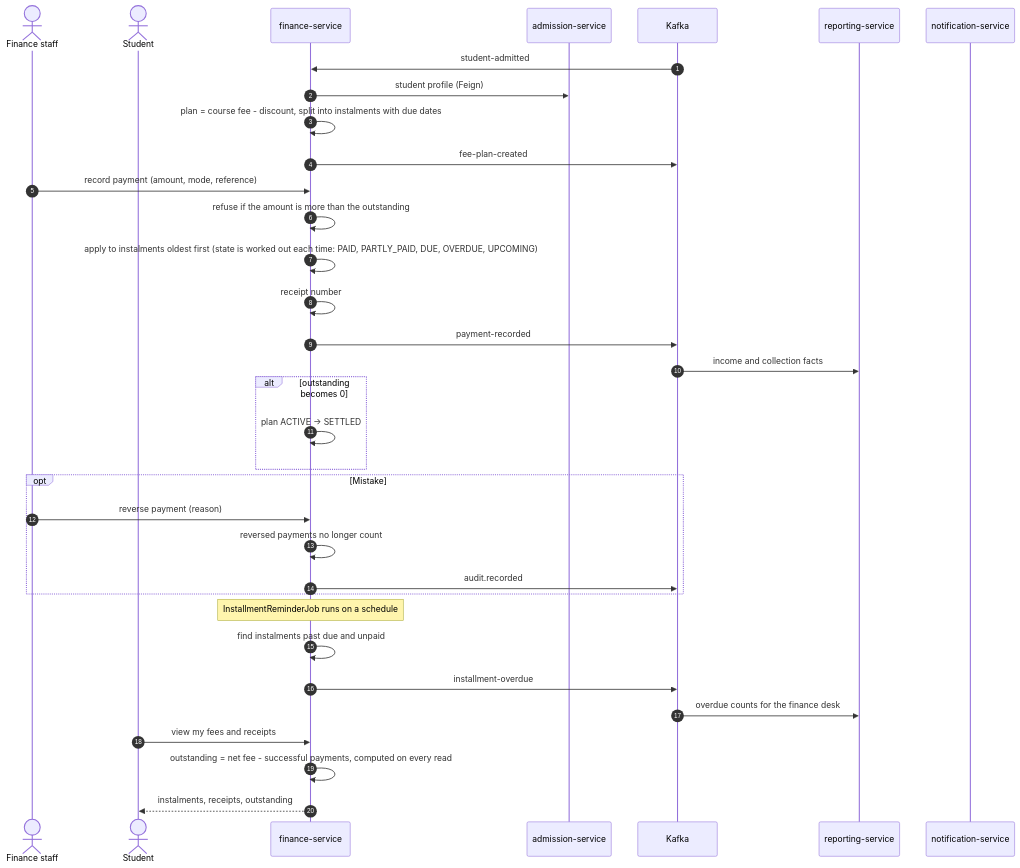
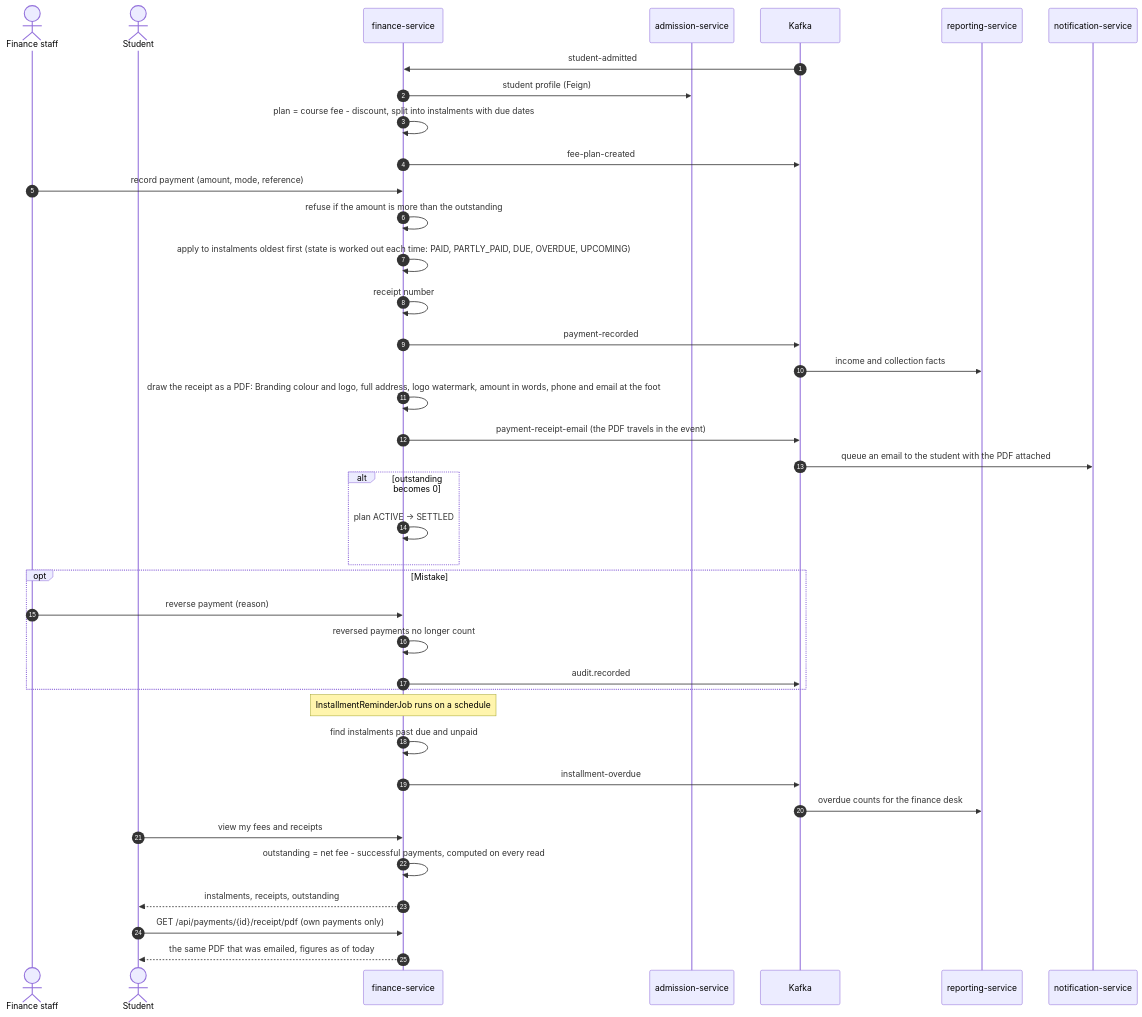
Before and after one commit to rohanrk2810/ITLMS: the diagram in docs/diagrams/flows/29-fee-payment.mmd, drawn with Mermaid. The commit also changed 35 other files, not shown here.

Commit message:
Fees: the receipt is a PDF with the institute logo watermark, full address and contact, emailed to the student after every payment and downloadable from the portal

```diff
--- a/docs/diagrams/flows/29-fee-payment.mmd
+++ b/docs/diagrams/flows/29-fee-payment.mmd
@@ -1,38 +1,43 @@
 sequenceDiagram
     autonumber
     actor F as Finance staff
     actor S as Student
     participant FI as finance-service
     participant AD as admission-service
     participant K as Kafka
     participant RP as reporting-service
     participant NO as notification-service
 
     K->>FI: student-admitted
     FI->>AD: student profile (Feign)
     FI->>FI: plan = course fee - discount, split into instalments with due dates
     FI->>K: fee-plan-created
 
     F->>FI: record payment (amount, mode, reference)
     FI->>FI: refuse if the amount is more than the outstanding
     FI->>FI: apply to instalments oldest first (state is worked out each time: PAID, PARTLY_PAID, DUE, OVERDUE, UPCOMING)
     FI->>FI: receipt number
     FI->>K: payment-recorded
     K->>RP: income and collection facts
+    FI->>FI: draw the receipt as a PDF: Branding colour and logo, full address, logo watermark, amount in words, phone and email at the foot
+    FI->>K: payment-receipt-email (the PDF travels in the event)
+    K->>NO: queue an email to the student with the PDF attached
     alt outstanding becomes 0
         FI->>FI: plan ACTIVE -> SETTLED
     end
 
     opt Mistake
         F->>FI: reverse payment (reason)
         FI->>FI: reversed payments no longer count
         FI->>K: audit.recorded
     end
 
     Note over FI: InstallmentReminderJob runs on a schedule
     FI->>FI: find instalments past due and unpaid
     FI->>K: installment-overdue
     K->>RP: overdue counts for the finance desk
     S->>FI: view my fees and receipts
     FI->>FI: outstanding = net fee - successful payments, computed on every read
     FI-->>S: instalments, receipts, outstanding
+    S->>FI: GET /api/payments/{id}/receipt/pdf (own payments only)
+    FI-->>S: the same PDF that was emailed, figures as of today
```
